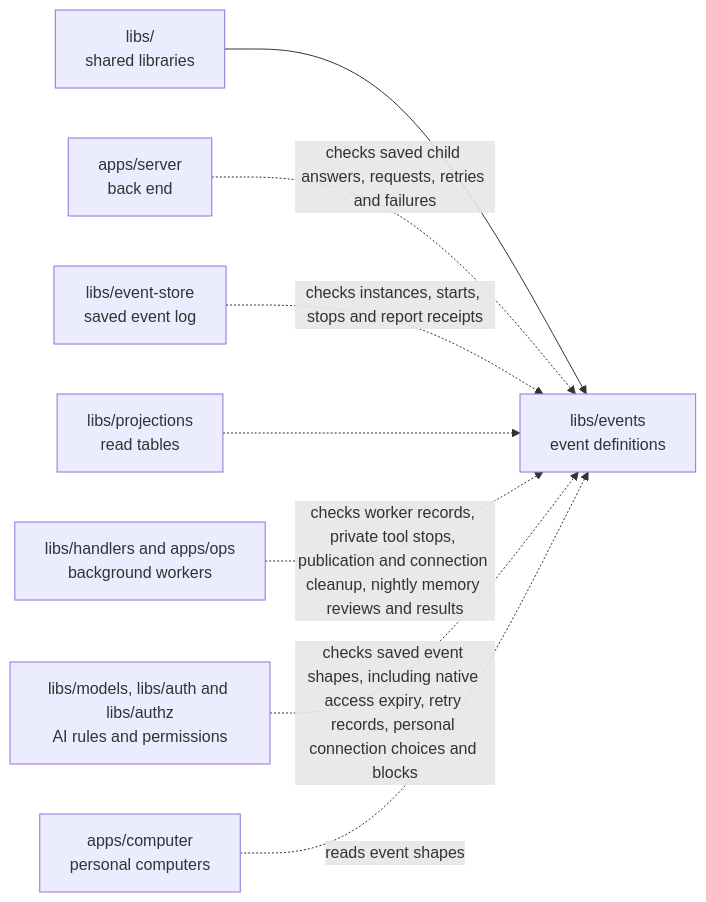
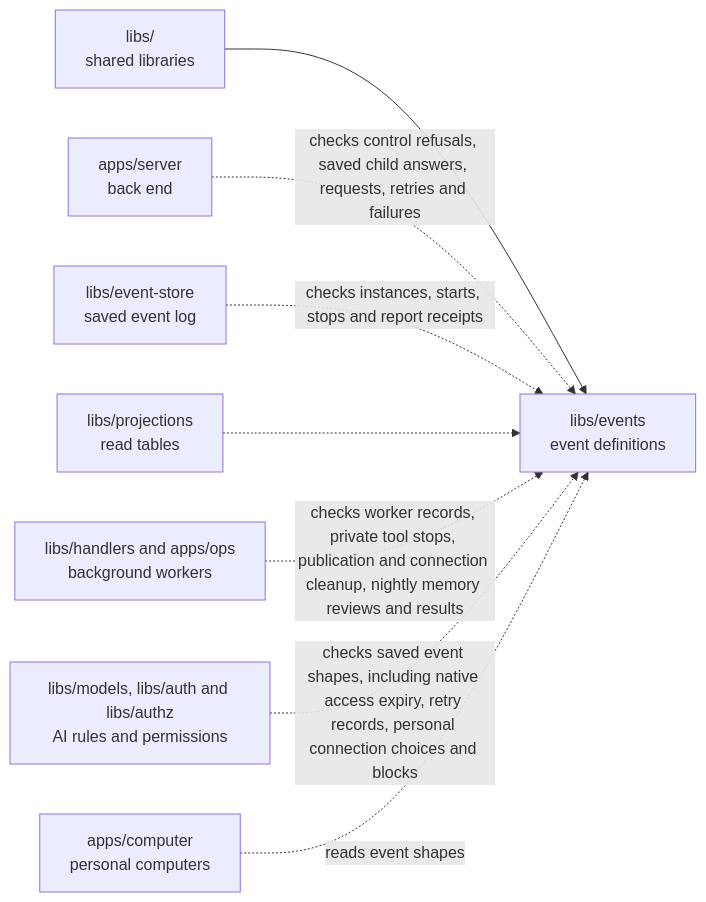
One commit to elewa-git/opencrane-new changed the diagram in libs/events/README.md. Above: the diagram before and after it, drawn with Mermaid. The commit also changed other lines of this file and 19 other files, not shown here.

````diff
--- a/libs/events/README.md
+++ b/libs/events/README.md
@@ -17,10 +20,10 @@
 ```mermaid
 flowchart LR
   parent["libs/<br/>shared libraries"] --> events["libs/events<br/>event definitions"]
-  server["apps/server<br/>back end"] -.->|checks saved child answers, requests, retries and failures| events
+  server["apps/server<br/>back end"] -.->|checks control refusals, saved child answers, requests, retries and failures| events
   store["libs/event-store<br/>saved event log"] -.->|checks instances, starts, stops and report receipts| events
   projections["libs/projections<br/>read tables"] -.-> events
   workers["libs/handlers and apps/ops<br/>background workers"] -.->|checks worker records, private tool stops, publication and connection cleanup, nightly memory reviews and results| events
   models["libs/models, libs/auth and libs/authz<br/>AI rules and permissions"] -.->|checks saved event shapes, including native access expiry, retry records, personal connection choices and blocks| events
   computer["apps/computer<br/>personal computers"] -.->|reads event shapes| events
 ```
````
